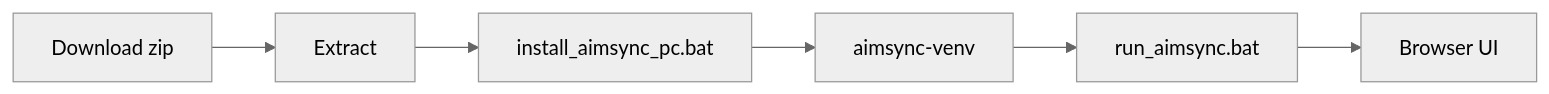
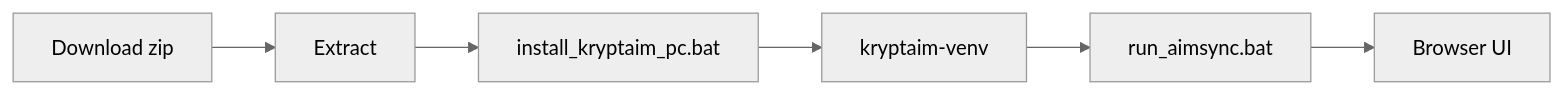
Before and after one commit to Kava4/KryptAim: the diagram in wiki/Venv-Distribution.md, drawn with Mermaid (neutral theme). The commit also changed other lines of this file and 79 other files, not shown here.

````diff
--- a/wiki/Venv-Distribution.md
+++ b/wiki/Venv-Distribution.md
@@ -27,8 +27,8 @@
 ```mermaid
 flowchart LR
   A[Download zip] --> B[Extract]
-  B --> C[install_aimsync_pc.bat]
-  C --> D[aimsync-venv]
+  B --> C[install_kryptaim_pc.bat]
+  C --> D[kryptaim-venv]
   D --> E[run_aimsync.bat]
   E --> F[Browser UI]
 ```
````
